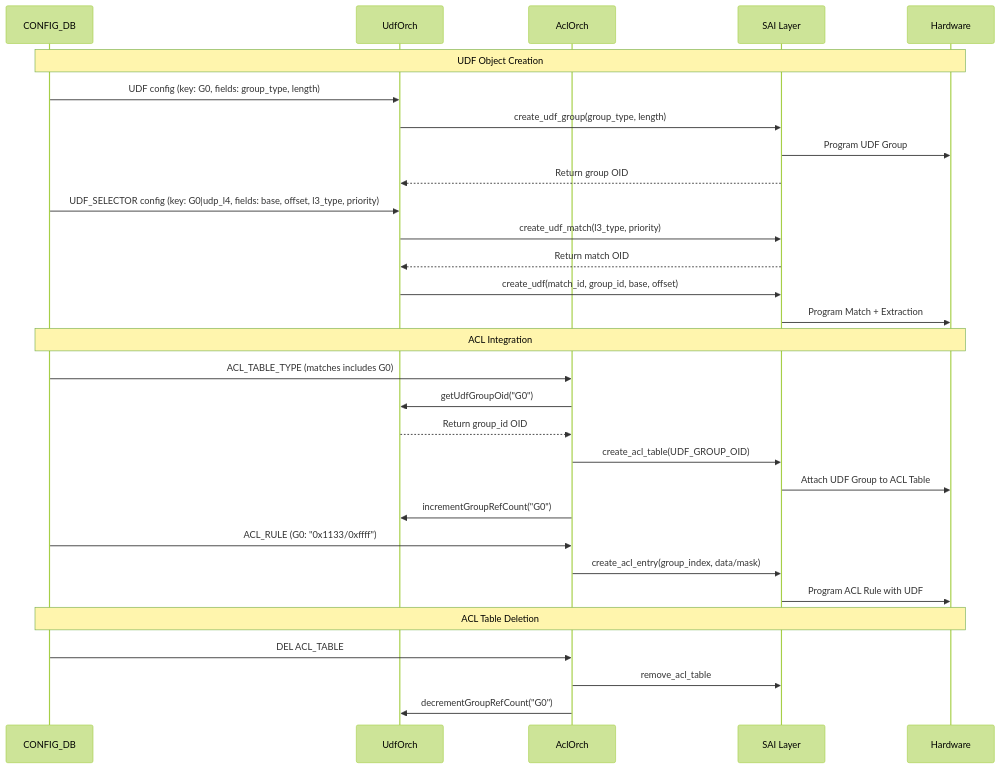
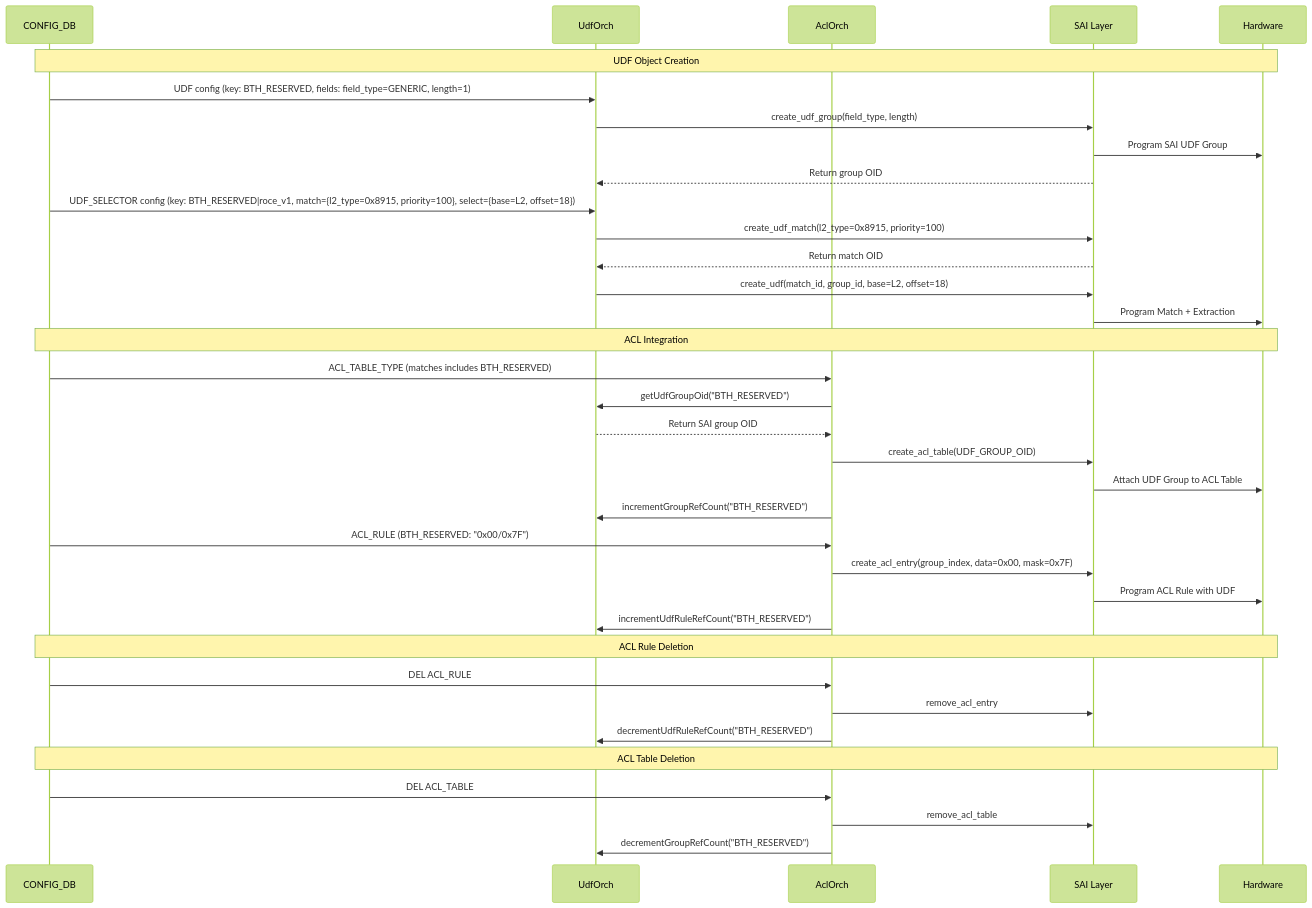
Before and after one commit to nexthop-ai/SONiC: the third of 3 diagrams in doc/udf/UDF_HLD.md, drawn with Mermaid (forest theme). The commit also changed other lines of this file, not shown here.

Commit message:
UDF core concepts removed

````diff
--- a/doc/udf/UDF_HLD.md
+++ b/doc/udf/UDF_HLD.md
@@ -520,37 +225,43 @@
 ```mermaid
 sequenceDiagram
     participant Config as CONFIG_DB
     participant UdfOrch as UdfOrch
     participant AclOrch as AclOrch
     participant SAI as SAI Layer
     participant ASIC as Hardware
 
     Note over Config,ASIC: UDF Object Creation
-    Config->>UdfOrch: UDF config (key: G0, fields: group_type, length)
-    UdfOrch->>SAI: create_udf_group(group_type, length)
-    SAI->>ASIC: Program UDF Group
+    Config->>UdfOrch: UDF config (key: BTH_RESERVED, fields: field_type=GENERIC, length=1)
+    UdfOrch->>SAI: create_udf_group(field_type, length)
+    SAI->>ASIC: Program SAI UDF Group
     SAI-->>UdfOrch: Return group OID
 
-    Config->>UdfOrch: UDF_SELECTOR config (key: G0|udp_l4, fields: base, offset, l3_type, priority)
-    UdfOrch->>SAI: create_udf_match(l3_type, priority)
+    Config->>UdfOrch: UDF_SELECTOR config (key: BTH_RESERVED|roce_v1, match={l2_type=0x8915, priority=100}, select={base=L2, offset=18})
+    UdfOrch->>SAI: create_udf_match(l2_type=0x8915, priority=100)
     SAI-->>UdfOrch: Return match OID
-    UdfOrch->>SAI: create_udf(match_id, group_id, base, offset)
+    UdfOrch->>SAI: create_udf(match_id, group_id, base=L2, offset=18)
     SAI->>ASIC: Program Match + Extraction
 
     Note over Config,ASIC: ACL Integration
-    Config->>AclOrch: ACL_TABLE_TYPE (matches includes G0)
-    AclOrch->>UdfOrch: getUdfGroupOid("G0")
-    UdfOrch-->>AclOrch: Return group_id OID
+    Config->>AclOrch: ACL_TABLE_TYPE (matches includes BTH_RESERVED)
+    AclOrch->>UdfOrch: getUdfGroupOid("BTH_RESERVED")
+    UdfOrch-->>AclOrch: Return SAI group OID
     AclOrch->>SAI: create_acl_table(UDF_GROUP_OID)
     SAI->>ASIC: Attach UDF Group to ACL Table
-    AclOrch->>UdfOrch: incrementGroupRefCount("G0")
+    AclOrch->>UdfOrch: incrementGroupRefCount("BTH_RESERVED")
 
-    Config->>AclOrch: ACL_RULE (G0: "0x1133/0xffff")
-    AclOrch->>SAI: create_acl_entry(group_index, data/mask)
+    Config->>AclOrch: ACL_RULE (BTH_RESERVED: "0x00/0x7F")
+    AclOrch->>SAI: create_acl_entry(group_index, data=0x00, mask=0x7F)
     SAI->>ASIC: Program ACL Rule with UDF
+    AclOrch->>UdfOrch: incrementUdfRuleRefCount("BTH_RESERVED")
+
+    Note over Config,ASIC: ACL Rule Deletion
+    Config->>AclOrch: DEL ACL_RULE
+    AclOrch->>SAI: remove_acl_entry
+    AclOrch->>UdfOrch: decrementUdfRuleRefCount("BTH_RESERVED")
 
     Note over Config,ASIC: ACL Table Deletion
     Config->>AclOrch: DEL ACL_TABLE
     AclOrch->>SAI: remove_acl_table
-    AclOrch->>UdfOrch: decrementGroupRefCount("G0")
+    AclOrch->>UdfOrch: decrementGroupRefCount("BTH_RESERVED")
 ```
````
